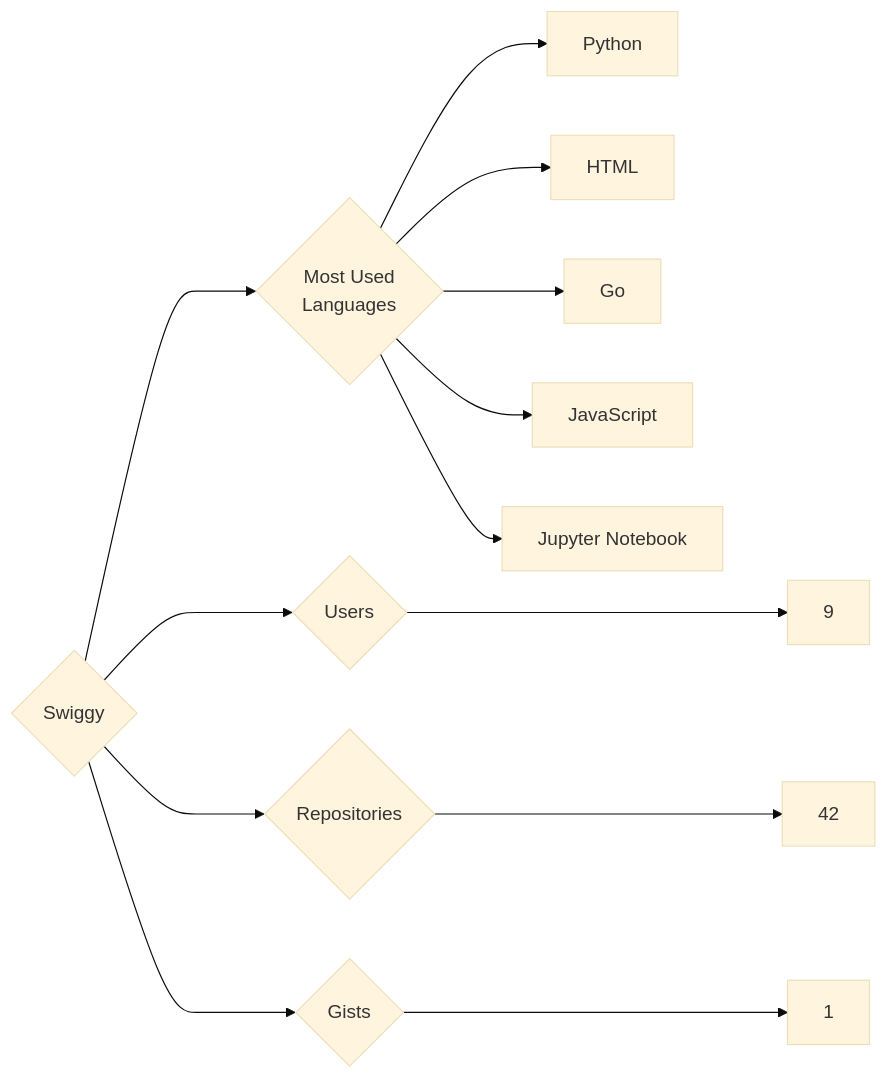
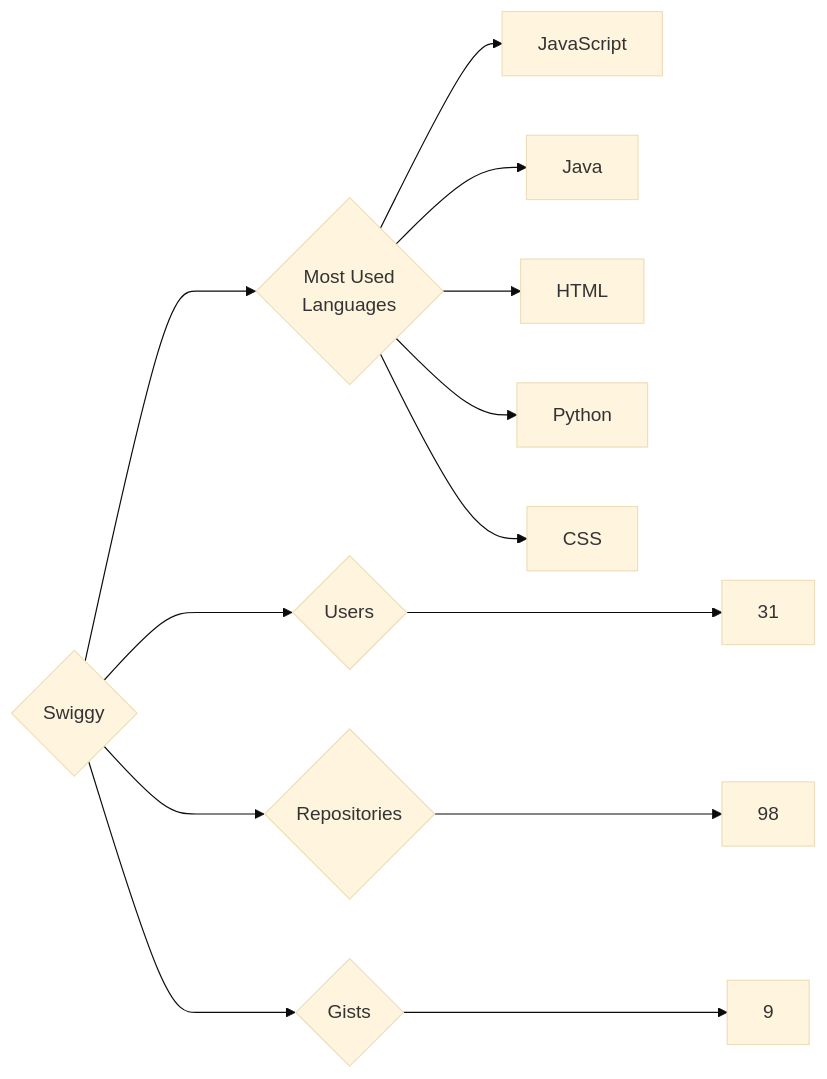
Before and after one commit to trickest/insiders: the diagram in targets/Swiggy/README.md, drawn with Mermaid (base theme). The commit also changed 799 other files, not shown here.

````diff
--- a/targets/Swiggy/README.md
+++ b/targets/Swiggy/README.md
@@ -3,13 +3,13 @@
 ```mermaid
 graph LR
 COMPANY_NAME{Swiggy}
-COMPANY_NAME ---> U{Users} ---> UN[9]
-COMPANY_NAME ---> R{Repositories} ---> RN[42]
-COMPANY_NAME ---> G{Gists} ---> GN[1]
+COMPANY_NAME ---> U{Users} ---> UN[31]
+COMPANY_NAME ---> R{Repositories} ---> RN[98]
+COMPANY_NAME ---> G{Gists} ---> GN[9]
 COMPANY_NAME ---> ML{Most Used<br>Languages}
+ML --> JavaScript[JavaScript]
+ML --> Java[Java]
+ML --> HTML[HTML]
 ML --> Python[Python]
-ML --> HTML[HTML]
-ML --> Go[Go]
-ML --> JavaScript[JavaScript]
-ML --> Jupyter_Notebook[Jupyter Notebook]
+ML --> CSS[CSS]
 ```
````
